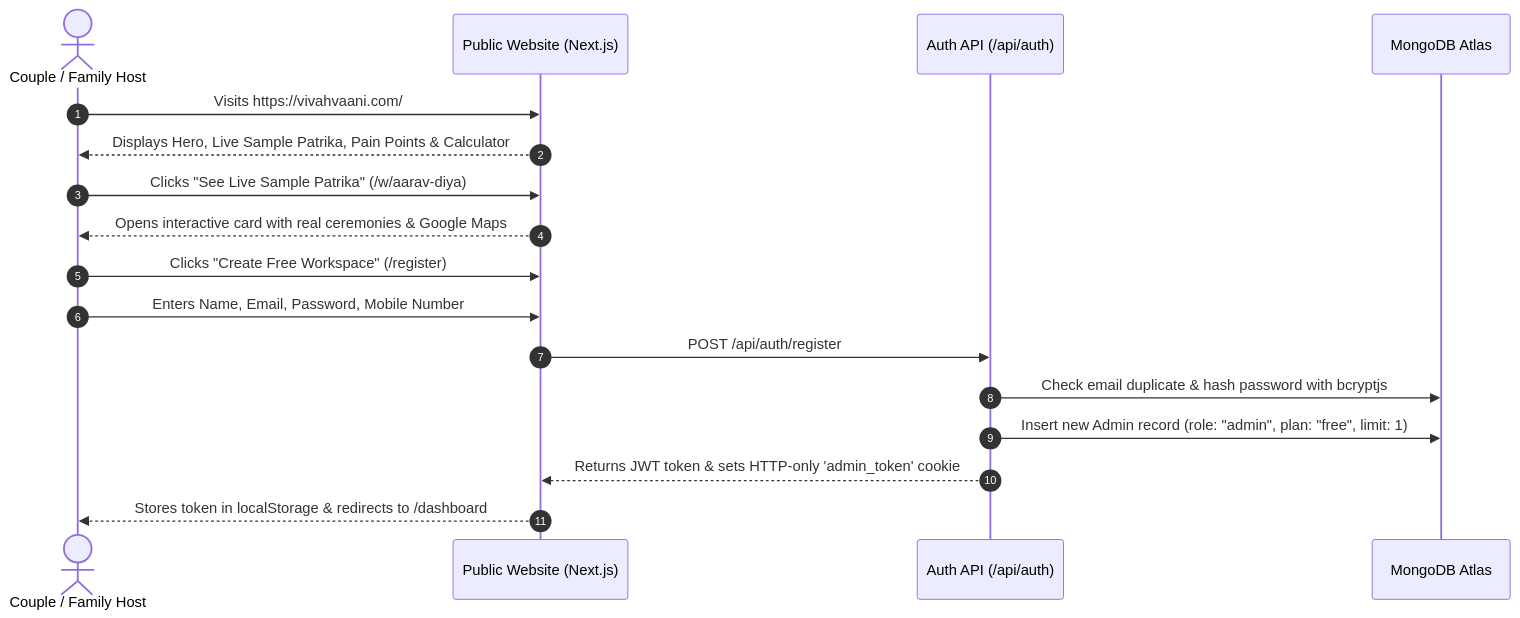
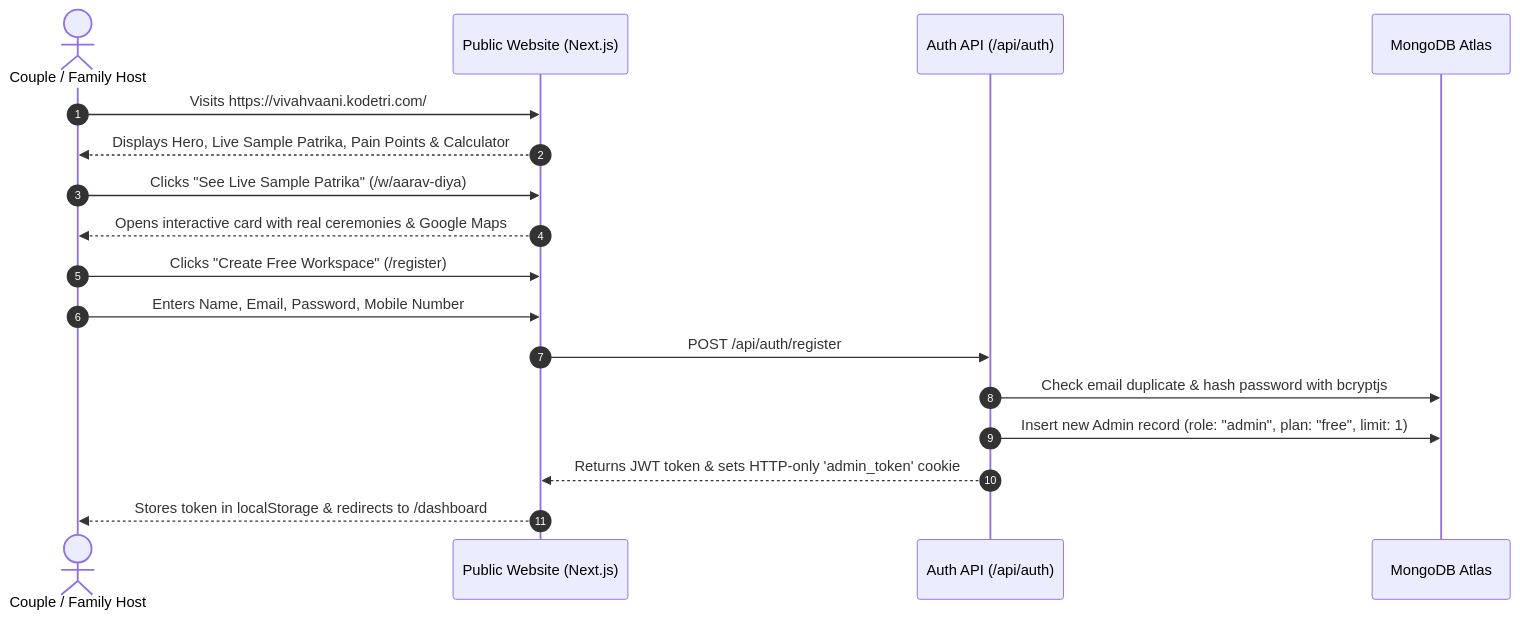
Before and after one commit to kodetritechnologies/wedding-invitation: the second of 5 diagrams in PROJECT_OVERVIEW.md, drawn with Mermaid. The commit also changed other lines of this file and 89 other files, not shown here.

````diff
--- a/PROJECT_OVERVIEW.md
+++ b/PROJECT_OVERVIEW.md
@@ -282,20 +282,20 @@
 ```mermaid
 sequenceDiagram
     autonumber
     actor Visitor as Couple / Family Host
     participant Web as Public Website (Next.js)
     participant Auth as Auth API (/api/auth)
     participant DB as MongoDB Atlas
 
-    Visitor->>Web: Visits https://vivahvaani.com/
+    Visitor->>Web: Visits https://vivahvaani.kodetri.com/
     Web-->>Visitor: Displays Hero, Live Sample Patrika, Pain Points & Calculator
     Visitor->>Web: Clicks "See Live Sample Patrika" (/w/aarav-diya)
     Web-->>Visitor: Opens interactive card with real ceremonies & Google Maps
     Visitor->>Web: Clicks "Create Free Workspace" (/register)
     Visitor->>Web: Enters Name, Email, Password, Mobile Number
     Web->>Auth: POST /api/auth/register
     Auth->>DB: Check email duplicate & hash password with bcryptjs
     Auth->>DB: Insert new Admin record (role: "admin", plan: "free", limit: 1)
     Auth-->>Web: Returns JWT token & sets HTTP-only 'admin_token' cookie
     Web-->>Visitor: Stores token in localStorage & redirects to /dashboard
 ```
````
